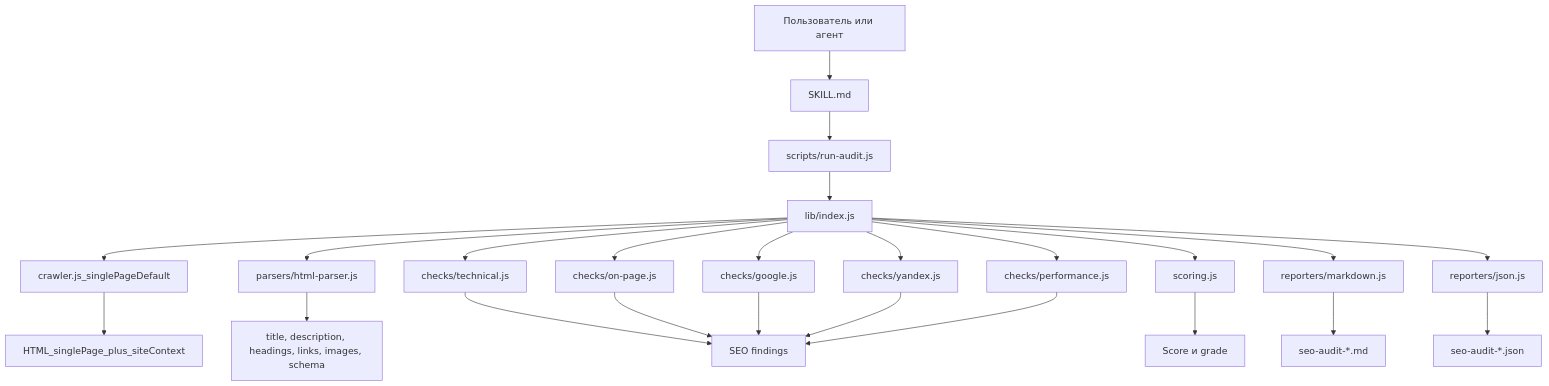
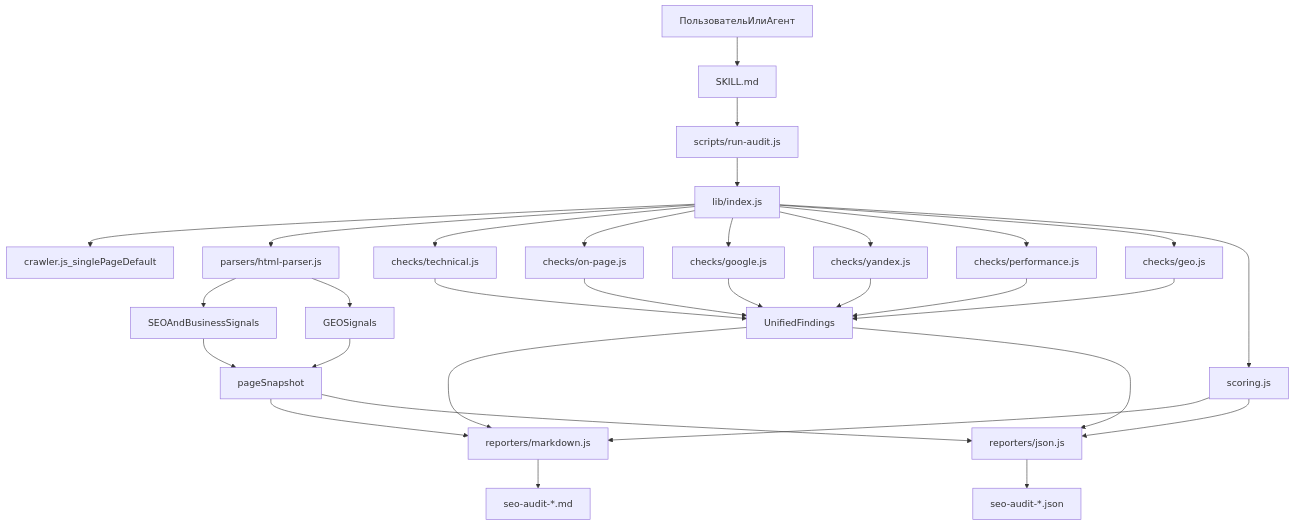
Before and after one commit to Horosheff/google-yandex-seo-skill: the diagram in README.md, drawn with Mermaid. The commit also changed other lines of this file and 9 other files, not shown here.

First line of the commit message:
feat: add GEO audit layer and refresh GitHub docs

````diff
--- a/README.md
+++ b/README.md
@@ -23,26 +37,33 @@
 ```mermaid
 flowchart TD
-    A[Пользователь или агент] --> B[SKILL.md]
-    B --> C[scripts/run-audit.js]
-    C --> D[lib/index.js]
-    D --> E[crawler.js_singlePageDefault]
-    D --> F[parsers/html-parser.js]
-    D --> G[checks/technical.js]
-    D --> H[checks/on-page.js]
-    D --> I[checks/google.js]
-    D --> J[checks/yandex.js]
-    D --> K[checks/performance.js]
-    D --> L[scoring.js]
-    D --> M[reporters/markdown.js]
-    D --> N[reporters/json.js]
-    E --> O[HTML_singlePage_plus_siteContext]
-    F --> P[title, description, headings, links, images, schema]
-    G --> Q[SEO findings]
-    H --> Q
-    I --> Q
-    J --> Q
-    K --> Q
-    L --> R[Score и grade]
-    M --> S[seo-audit-*.md]
-    N --> T[seo-audit-*.json]
+    userAgent[ПользовательИлиАгент] --> skillFile[SKILL.md]
+    skillFile --> runner[scripts/run-audit.js]
+    runner --> orchestrator[lib/index.js]
+    orchestrator --> crawler[crawler.js_singlePageDefault]
+    orchestrator --> parser[parsers/html-parser.js]
+    parser --> seoSignals[SEOAndBusinessSignals]
+    parser --> geoSignals[GEOSignals]
+    orchestrator --> techChecks[checks/technical.js]
+    orchestrator --> onPageChecks[checks/on-page.js]
+    orchestrator --> googleChecks[checks/google.js]
+    orchestrator --> yandexChecks[checks/yandex.js]
+    orchestrator --> perfChecks[checks/performance.js]
+    orchestrator --> geoChecks[checks/geo.js]
+    techChecks --> findings[UnifiedFindings]
+    onPageChecks --> findings
+    googleChecks --> findings
+    yandexChecks --> findings
+    perfChecks --> findings
+    geoChecks --> findings
+    orchestrator --> scoring[scoring.js]
+    findings --> mdReporter[reporters/markdown.js]
+    findings --> jsonReporter[reporters/json.js]
+    seoSignals --> snapshot[pageSnapshot]
+    geoSignals --> snapshot
+    snapshot --> mdReporter
+    snapshot --> jsonReporter
+    scoring --> mdReporter
+    scoring --> jsonReporter
+    mdReporter --> mdOut[seo-audit-*.md]
+    jsonReporter --> jsonOut[seo-audit-*.json]
 ```
````
